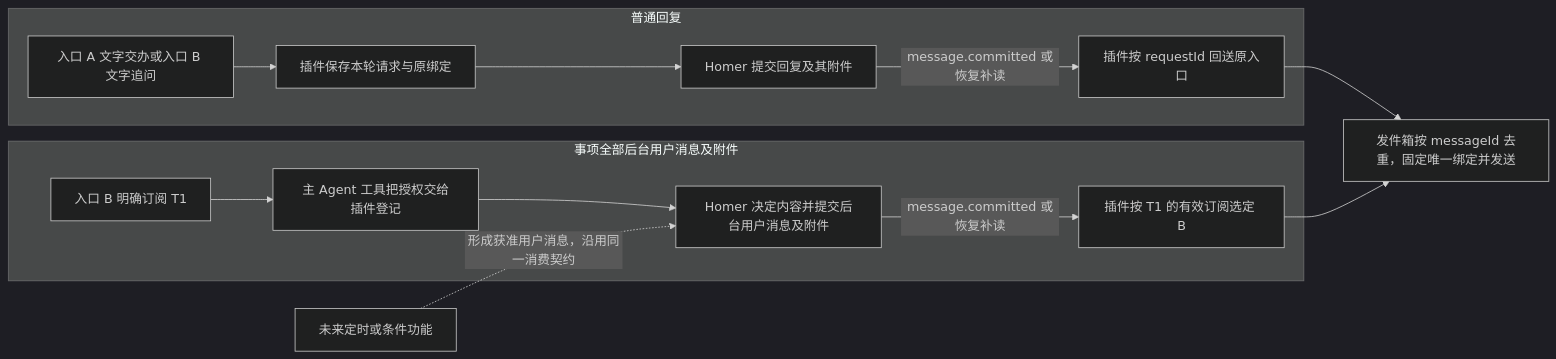
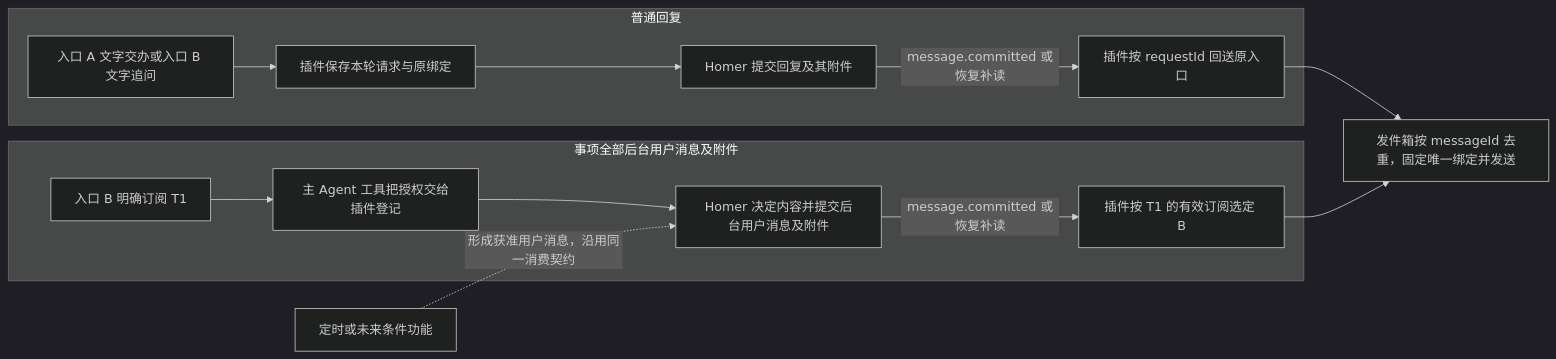
One commit to wolf3c/homer changed the first of 2 diagrams in docs/architecture/multi-channel-architecture.md. Above: the diagram before and after it, drawn with Mermaid (dark theme). The commit also changed other lines of this file and 102 other files, not shown here.

````diff
--- a/docs/architecture/multi-channel-architecture.md
+++ b/docs/architecture/multi-channel-architecture.md
@@ -23,16 +23,16 @@
 ```mermaid
 flowchart LR
   subgraph R["普通回复"]
     R1["入口 A 文字交办或入口 B 文字追问"] --> R2["插件保存本轮请求与原绑定"]
     R2 --> R3["Homer 提交回复及其附件"]
     R3 -->|message.committed 或恢复补读| R4["插件按 requestId 回送原入口"]
   end
   subgraph D["事项全部后台用户消息及附件"]
     D1["入口 B 明确订阅 T1"] --> D2["主 Agent 工具把授权交给插件登记"]
     D2 --> D3["Homer 决定内容并提交后台用户消息及附件"]
     D3 -->|message.committed 或恢复补读| D4["插件按 T1 的有效订阅选定 B"]
   end
-  N["未来定时或条件功能"] -.->|形成获准用户消息，沿用同一消费契约| D3
+  N["定时或未来条件功能"] -.->|形成获准用户消息，沿用同一消费契约| D3
   R4 --> O["发件箱按 messageId 去重，固定唯一绑定并发送"]
   D4 --> O
 ```
````
